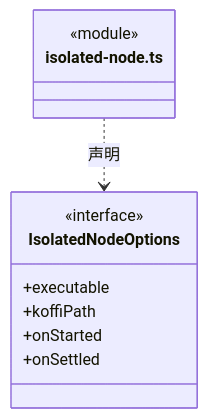
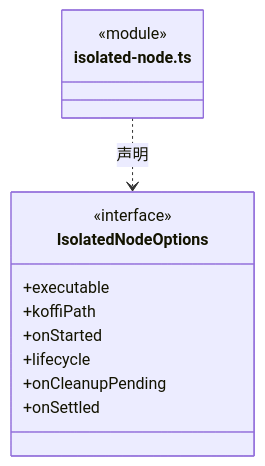
One commit to nan023062/cbim changed diagram 18 of 36 in src/backend/main/platform/ARCHITECTURE.md. Above: the diagram before and after it, drawn with Mermaid. The commit also changed other lines of this file and 53 other files, not shown here.

````diff
--- a/src/backend/main/platform/ARCHITECTURE.md
+++ b/src/backend/main/platform/ARCHITECTURE.md
@@ -419,14 +436,16 @@
 ```mermaid
 classDiagram
 class N_src_backend_main_platform_isolated_node_ts["isolated-node.ts"] {
   <<module>>
 }
 class N_src_backend_main_platform_isolated_node_ts_IsolatedNodeOptions["IsolatedNodeOptions"] {
   <<interface>>
   +executable
   +koffiPath
   +onStarted
+  +lifecycle
+  +onCleanupPending
   +onSettled
 }
 N_src_backend_main_platform_isolated_node_ts ..> N_src_backend_main_platform_isolated_node_ts_IsolatedNodeOptions : 声明
 ```
````
